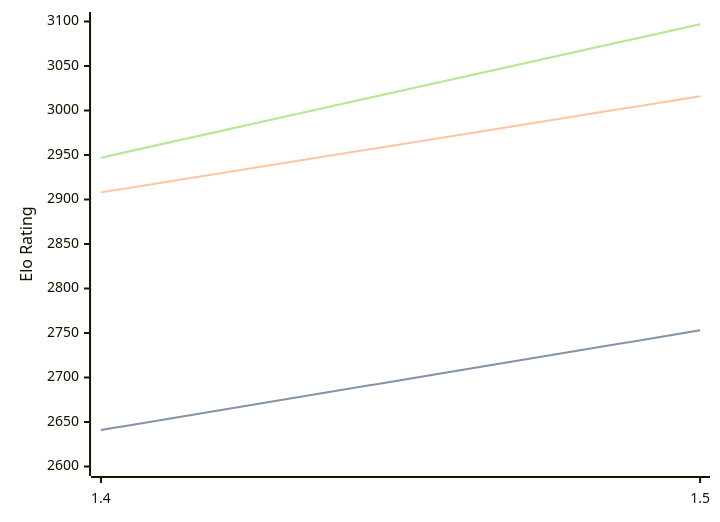
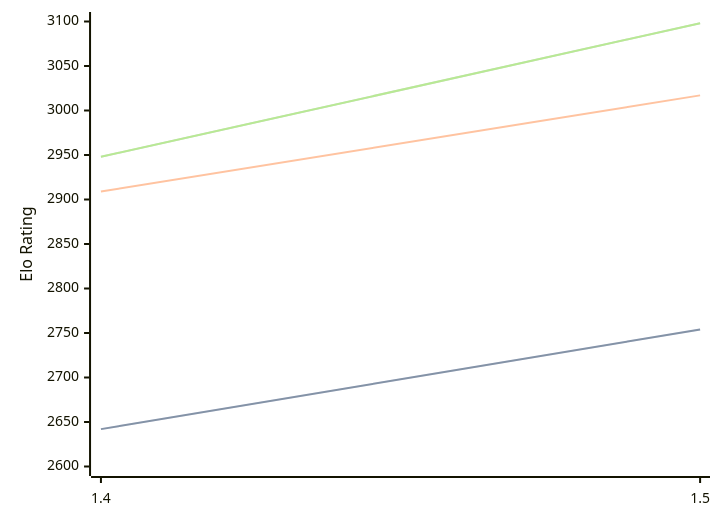
The diagram in engines/Yakka.md (computer-chess-index/cci), drawn with Mermaid before and after one commit. The commit also changed other lines of this file, not shown here.

Commit message:
Update CCI Ratings (ELO VLTC) - 2026-07-24

````diff
--- a/engines/Yakka.md
+++ b/engines/Yakka.md
@@ -36,11 +36,11 @@
 ```mermaid
 %%{init: {"theme":"base","themeVariables":{"seriesColors:['#a3a3a3','#222221','#faa371']}}}%%
 xychart-beta
   x-axis ["1.4", "1.5"]
   y-axis "Elo Rating" 2600 --> 3100
-  line "STC (8.0+0.08s)" [2641, 2753]
-  line "STC (8.0+0.08s)" [2641, 2753]
-  line "LTC (60.0+0.60s)" [2908, 3016]
-  line "VLTC (2m24s+1.12s)" [2947, 3097]
-  line "VLTC (2m24s+1.12s)" [2947, 3097]
+  line "STC (8.0+0.08s)" [2642, 2754]
+  line "STC (8.0+0.08s)" [2642, 2754]
+  line "LTC (60.0+0.60s)" [2909, 3017]
+  line "VLTC (2m24s+1.12s)" [2948, 3098]
+  line "VLTC (2m24s+1.12s)" [2948, 3098]
 ```
````
